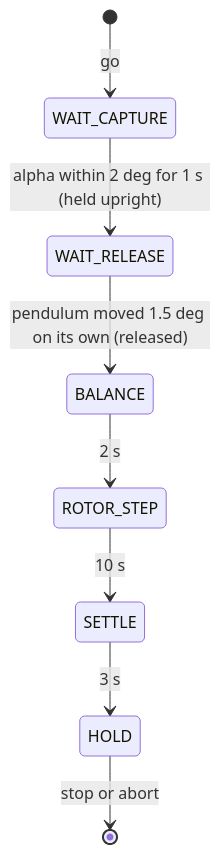
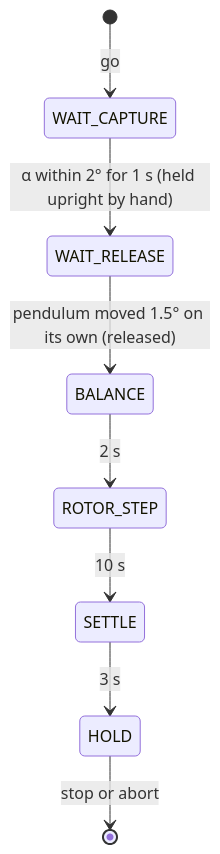
The fifth of 7 diagrams in docs/ARCHITECTURE.md (Samarth030312/enr312-rotary-inverted-pendulum), drawn with Mermaid before and after one commit. The commit also changed other lines of this file and 59 other files, not shown here.

````diff
--- a/docs/ARCHITECTURE.md
+++ b/docs/ARCHITECTURE.md
@@ -87,10 +133,10 @@
 ```mermaid
 stateDiagram-v2
     [*] --> WAIT_CAPTURE: go
-    WAIT_CAPTURE --> WAIT_RELEASE: alpha within 2 deg for 1 s (held upright)
-    WAIT_RELEASE --> BALANCE: pendulum moved 1.5 deg on its own (released)
+    WAIT_CAPTURE --> WAIT_RELEASE: α within 2° for 1 s (held upright by hand)
+    WAIT_RELEASE --> BALANCE: pendulum moved 1.5° on its own (released)
     BALANCE --> ROTOR_STEP: 2 s
     ROTOR_STEP --> SETTLE: 10 s
     SETTLE --> HOLD: 3 s
     HOLD --> [*]: stop or abort
 ```
````
